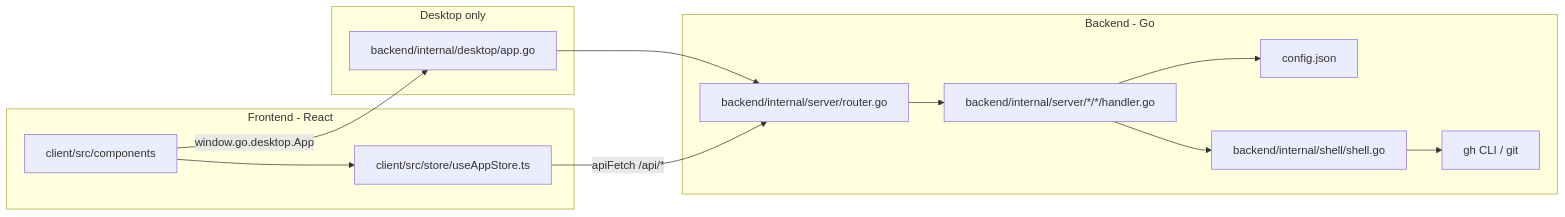
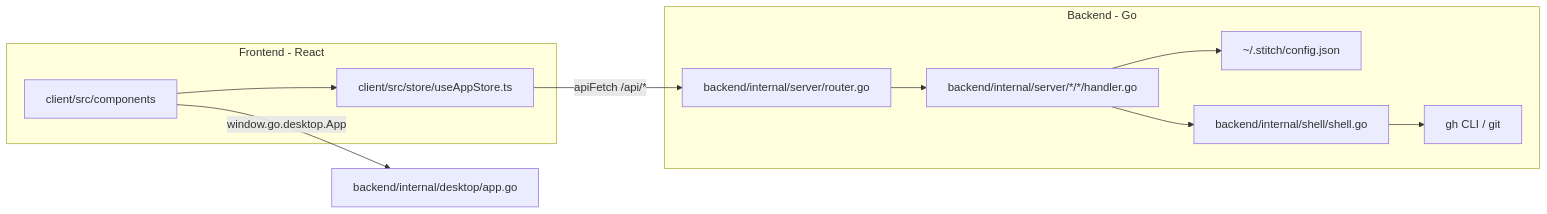
Before and after one commit to manas2297/stitch: the diagram in ARCHITECTURE.md, drawn with Mermaid. The commit also changed other lines of this file and 38 other files, not shown here.

First line of the commit message:
feat: make Stitch desktop-only, drop the standalone web server (#31)

````diff
--- a/ARCHITECTURE.md
+++ b/ARCHITECTURE.md
@@ -19,26 +18,23 @@
 ```mermaid
 flowchart LR
   subgraph frontend [Frontend - React]
     UI[client/src/components]
     Store[client/src/store/useAppStore.ts]
     UI --> Store
   end
 
   subgraph backend [Backend - Go]
     Router[backend/internal/server/router.go]
     Handlers[backend/internal/server/*/*/handler.go]
-    Config[config.json]
+    Config[~/.stitch/config.json]
     Router --> Handlers
     Handlers --> Config
     Handlers --> Shell[backend/internal/shell/shell.go]
     Shell --> GH[gh CLI / git]
   end
 
-  subgraph desktop [Desktop only]
-    Wails[backend/internal/desktop/app.go]
-    Wails --> Router
-  end
+  Wails[backend/internal/desktop/app.go]
 
   Store -->|apiFetch /api/*| Router
   UI -->|window.go.desktop.App| Wails
 ```
````
